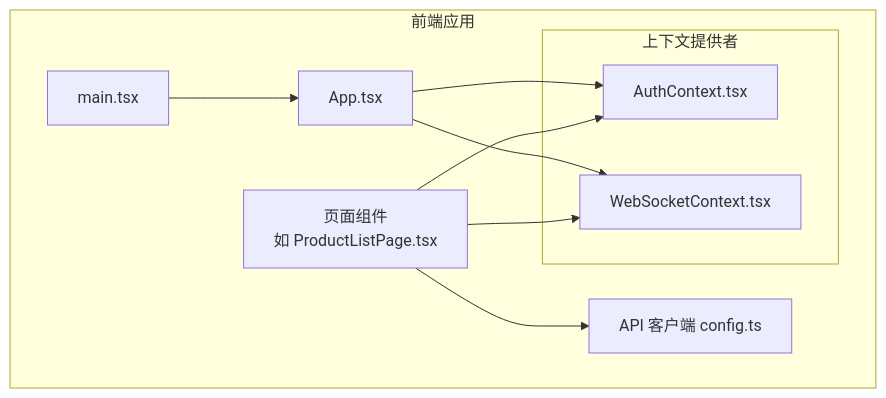
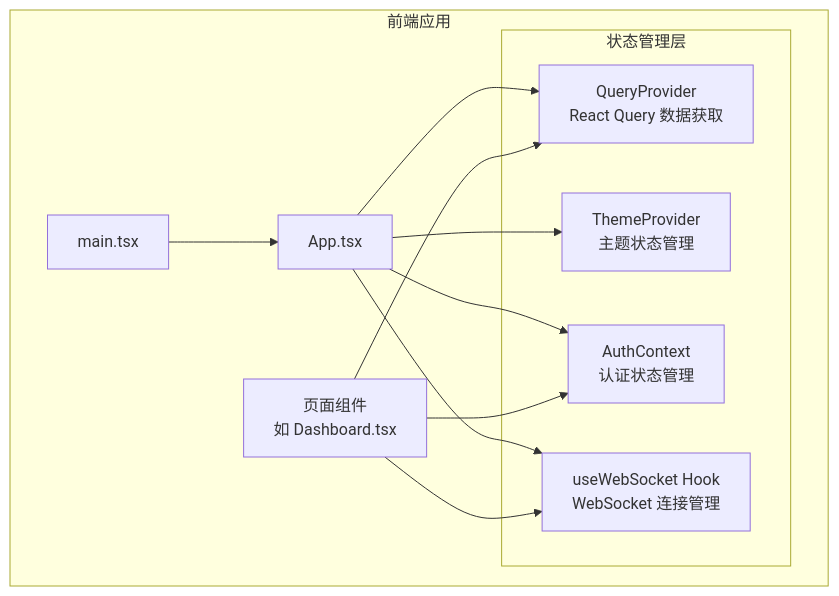
The first of 8 diagrams in .qoder/repowiki/zh/content/前端应用架构/状态管理.md (angledick/-), drawn with Mermaid before and after one commit. The commit also changed other lines of this file and 770 other files, not shown here.

````diff
--- a/.qoder/repowiki/zh/content/前端应用架构/状态管理.md
+++ b/.qoder/repowiki/zh/content/前端应用架构/状态管理.md
@@ -32,19 +41,22 @@
 ```mermaid
 graph TB
 subgraph "前端应用"
+MAIN["main.tsx"]
 APP["App.tsx"]
-MAIN["main.tsx"]
-subgraph "上下文提供者"
-AUTH["AuthContext.tsx"]
-WS["WebSocketContext.tsx"]
+subgraph "状态管理层"
+QUERY["QueryProvider<br/>React Query 数据获取"]
+THEME["ThemeProvider<br/>主题状态管理"]
+AUTH["AuthContext<br/>认证状态管理"]
+WS["useWebSocket Hook<br/>WebSocket 连接管理"]
 end
-PAGES["页面组件<br/>如 ProductListPage.tsx"]
-API["API 客户端 config.ts"]
+PAGES["页面组件<br/>如 Dashboard.tsx"]
 end
 MAIN --> APP
+APP --> QUERY
+APP --> THEME
 APP --> AUTH
 APP --> WS
+PAGES --> QUERY
 PAGES --> AUTH
 PAGES --> WS
-PAGES --> API
 ```
````
